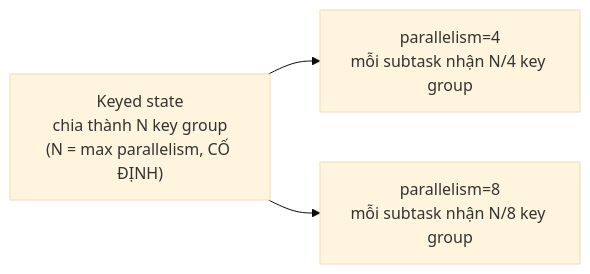
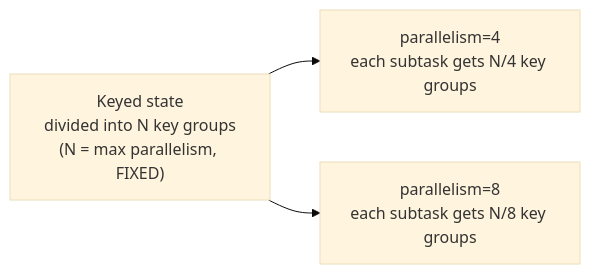
The third of 3 diagrams in i18n/en/docusaurus-plugin-content-docs/current/etl/flink/skills/savepoint-upgrade.md (vuhoang001/knowledge), drawn with Mermaid (base theme) before and after one commit. The commit also changed other lines of this file and 21 other files, not shown here.

````diff
--- a/i18n/en/docusaurus-plugin-content-docs/current/etl/flink/skills/savepoint-upgrade.md
+++ b/i18n/en/docusaurus-plugin-content-docs/current/etl/flink/skills/savepoint-upgrade.md
@@ -144,5 +143,5 @@
 ```mermaid
 graph LR
-    K["Keyed state<br/>chia thành N key group<br/>(N = max parallelism, CỐ ĐỊNH)"] --> P1["parallelism=4<br/>mỗi subtask nhận N/4 key group"]
-    K --> P2["parallelism=8<br/>mỗi subtask nhận N/8 key group"]
+    K["Keyed state<br/>divided into N key groups<br/>(N = max parallelism, FIXED)"] --> P1["parallelism=4<br/>each subtask gets N/4 key groups"]
+    K --> P2["parallelism=8<br/>each subtask gets N/8 key groups"]
 ```
````
